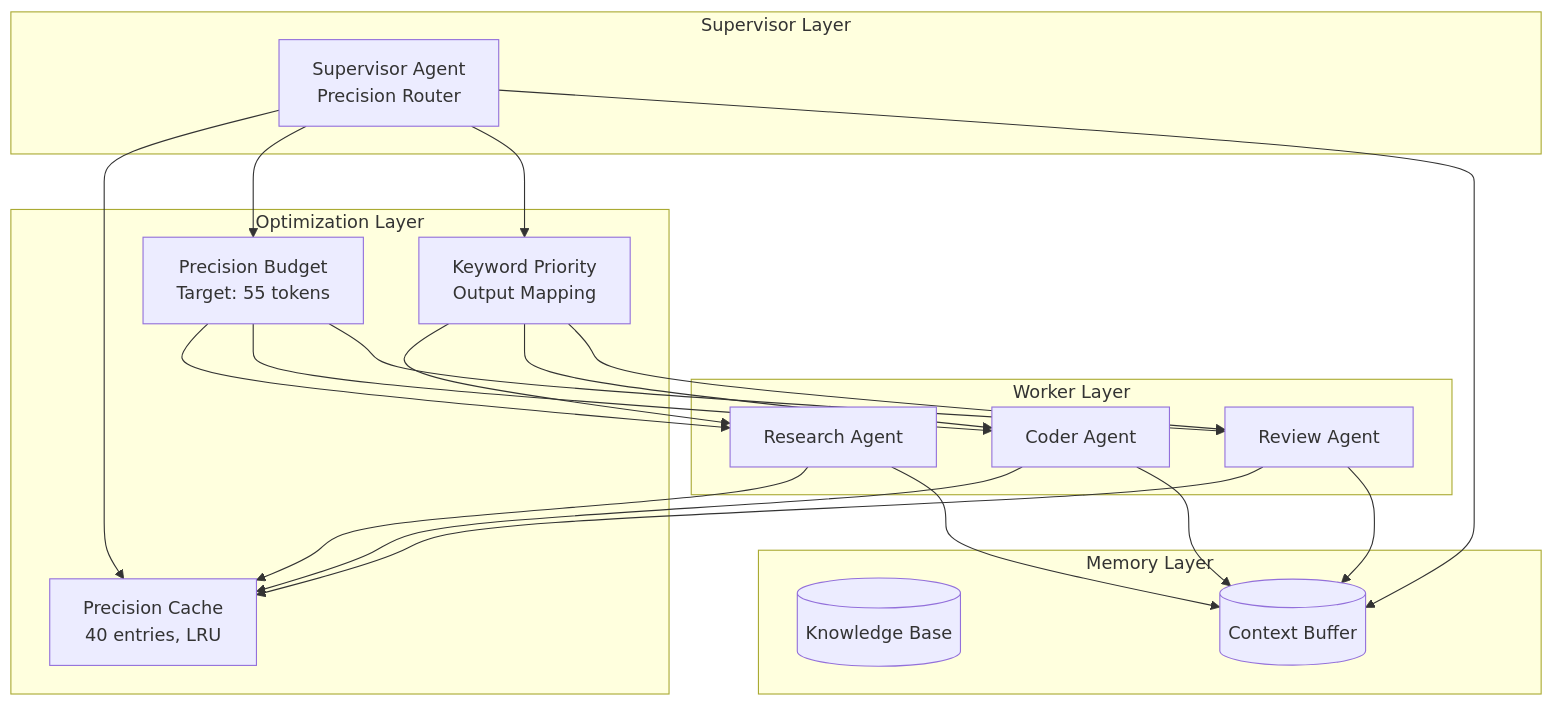
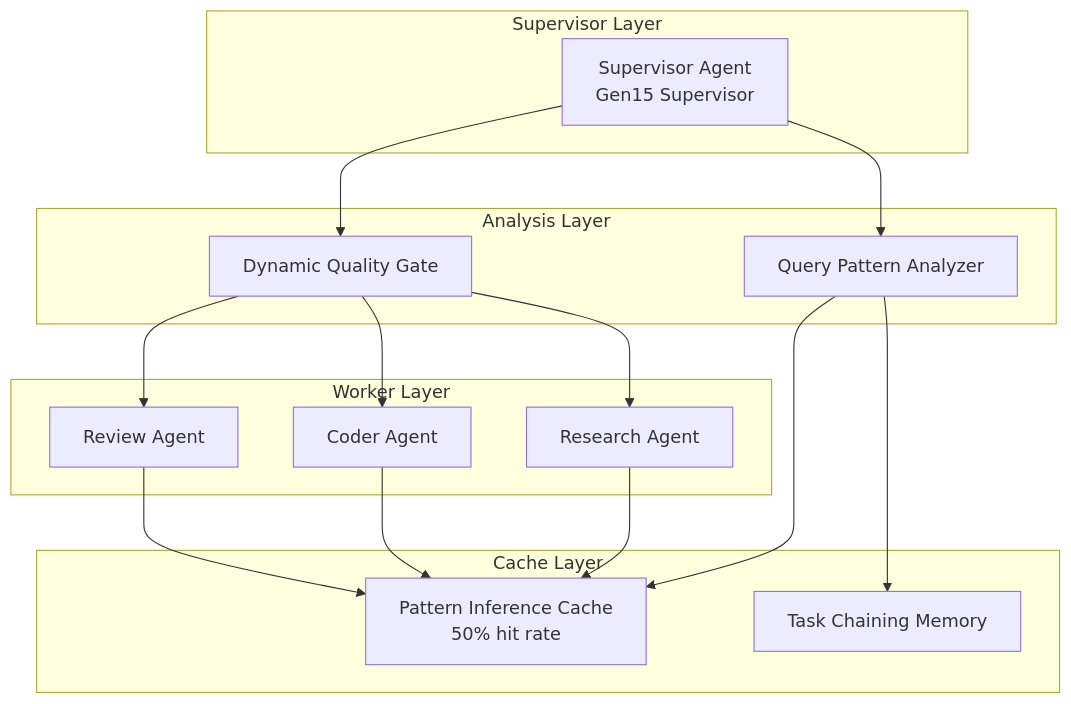
The diagram in ARCHITECTURE.md (xiangbianpangde/mas-evolution-test), drawn with Mermaid before and after one commit. The commit also changed other lines of this file, not shown here.

Commit message:
Update ARCHITECTURE.md: Gen15 topology and performance

````diff
--- a/ARCHITECTURE.md
+++ b/ARCHITECTURE.md
@@ -5,40 +5,33 @@
 ```mermaid
 graph TB
     subgraph "Supervisor Layer"
-        S[Supervisor Agent<br/>Precision Router]
+        S[Supervisor Agent<br/>Gen15 Supervisor]
+    end
+    
+    subgraph "Analysis Layer"
+        PA[Query Pattern Analyzer]
+        QG[Dynamic Quality Gate]
+    end
+    
+    subgraph "Cache Layer"
+        PC[Pattern Inference Cache<br/>50% hit rate]
+        TC[Task Chaining Memory]
     end
     
     subgraph "Worker Layer"
         W1[Research Agent]
         W2[Coder Agent]
         W3[Review Agent]
     end
     
-    subgraph "Optimization Layer"
-        PC[Precision Cache<br/>40 entries, LRU]
-        PB[Precision Budget<br/>Target: 55 tokens]
-        KPO[Keyword Priority<br/>Output Mapping]
-    end
-    
-    subgraph "Memory Layer"
-        KB[(Knowledge Base)]
-        MEM[(Context Buffer)]
-    end
-    
-    S --> PC
-    S --> PB
-    S --> KPO
-    PB --> W1
-    PB --> W2
-    PB --> W3
-    KPO --> W1
-    KPO --> W2
-    KPO --> W3
+    S --> PA
+    S --> QG
+    PA --> PC
+    PA --> TC
+    QG --> W1
+    QG --> W2
+    QG --> W3
     W1 --> PC
     W2 --> PC
     W3 --> PC
-    S --> MEM
-    W1 --> MEM
-    W2 --> MEM
-    W3 --> MEM
 ```
````
